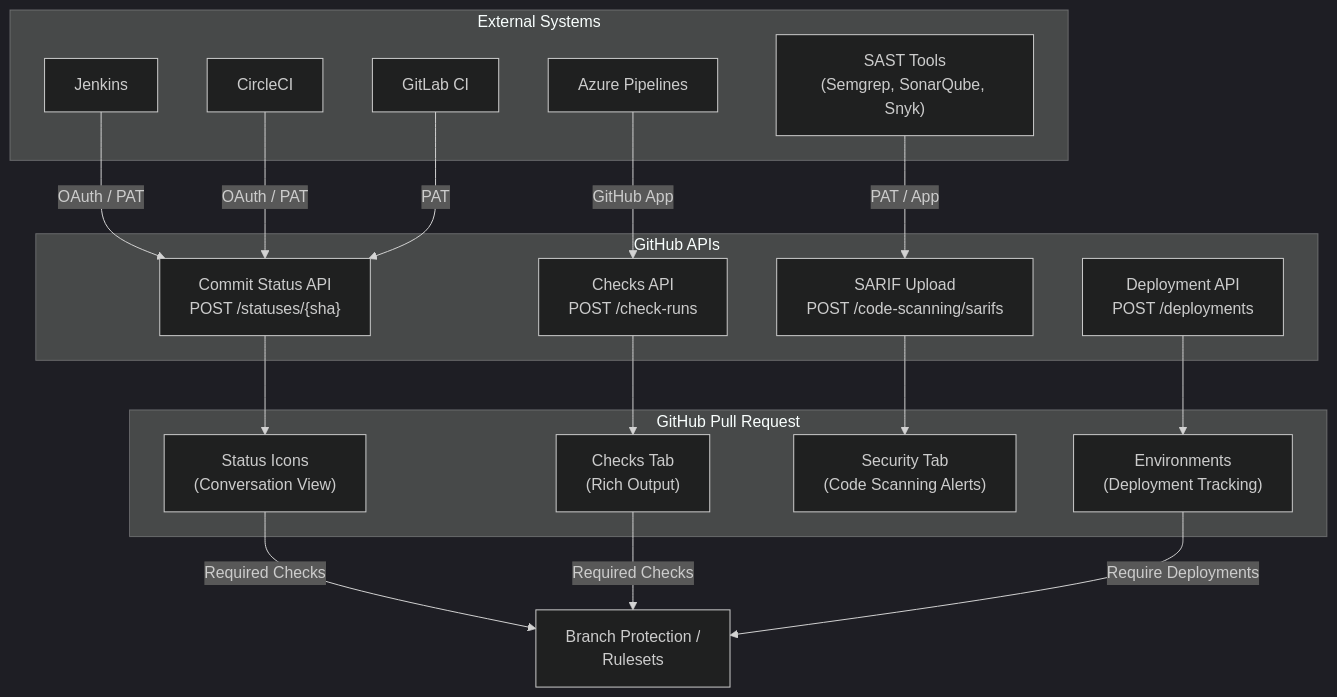
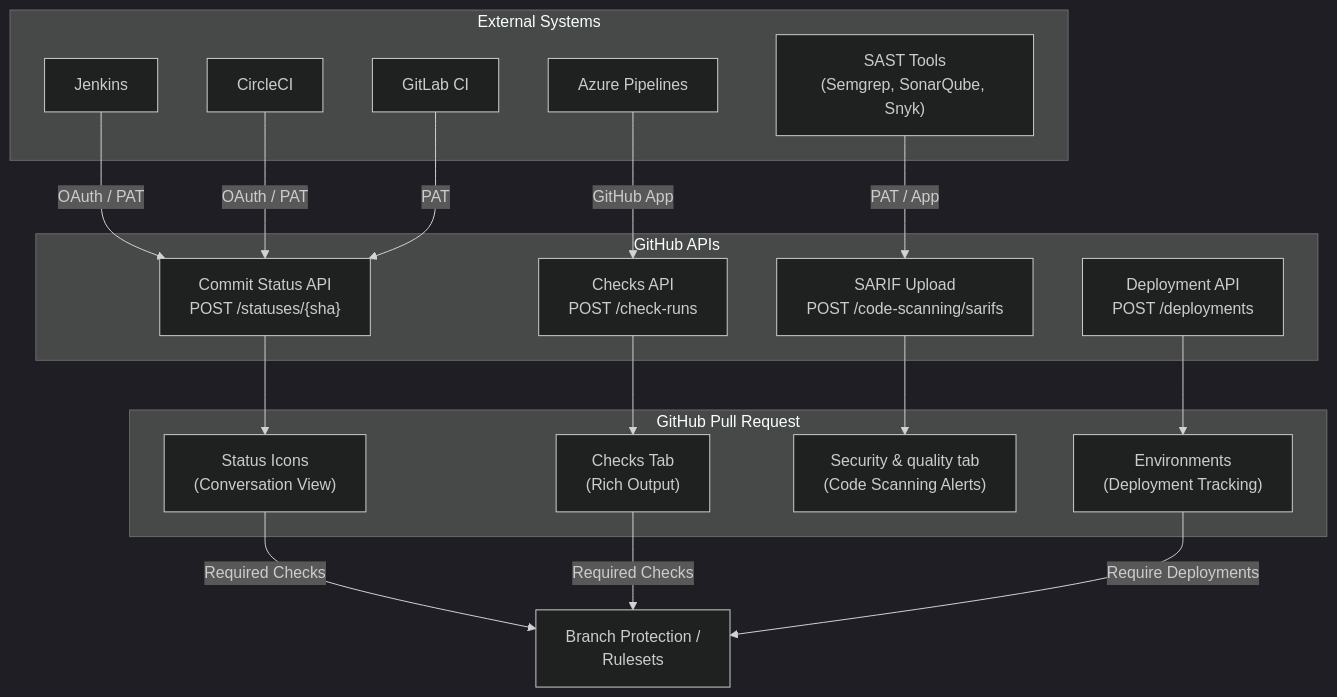
One commit to johnhain-msft/gh-abcs-admin changed the diagram in docs/27-integrations-status-api.md. Above: the diagram before and after it, drawn with Mermaid (dark theme). The commit also changed other lines of this file and 19 other files, not shown here.

````diff
--- a/docs/27-integrations-status-api.md
+++ b/docs/27-integrations-status-api.md
@@ -23,39 +23,39 @@
 ```mermaid
 flowchart TB
     subgraph "External Systems"
         Jenkins["Jenkins"]
         CircleCI["CircleCI"]
         GitLabCI["GitLab CI"]
         AzurePipelines["Azure Pipelines"]
         SAST["SAST Tools<br/>(Semgrep, SonarQube, Snyk)"]
     end
 
     subgraph "GitHub APIs"
         StatusAPI["Commit Status API<br/>POST /statuses/{sha}"]
         ChecksAPI["Checks API<br/>POST /check-runs"]
         DeployAPI["Deployment API<br/>POST /deployments"]
         SarifAPI["SARIF Upload<br/>POST /code-scanning/sarifs"]
     end
 
     subgraph "GitHub Pull Request"
         StatusIcon["Status Icons<br/>(Conversation View)"]
         ChecksTab["Checks Tab<br/>(Rich Output)"]
-        SecurityTab["Security Tab<br/>(Code Scanning Alerts)"]
+        SecurityTab["Security & quality tab<br/>(Code Scanning Alerts)"]
         DeployEnv["Environments<br/>(Deployment Tracking)"]
     end
 
     Jenkins -->|"OAuth / PAT"| StatusAPI
     CircleCI -->|"OAuth / PAT"| StatusAPI
     GitLabCI -->|"PAT"| StatusAPI
     AzurePipelines -->|"GitHub App"| ChecksAPI
     SAST -->|"PAT / App"| SarifAPI
 
     StatusAPI --> StatusIcon
     ChecksAPI --> ChecksTab
     SarifAPI --> SecurityTab
     DeployAPI --> DeployEnv
 
     StatusIcon -->|"Required Checks"| BranchProtection["Branch Protection /<br/>Rulesets"]
     ChecksTab -->|"Required Checks"| BranchProtection
     DeployEnv -->|"Require Deployments"| BranchProtection
 ```
````
